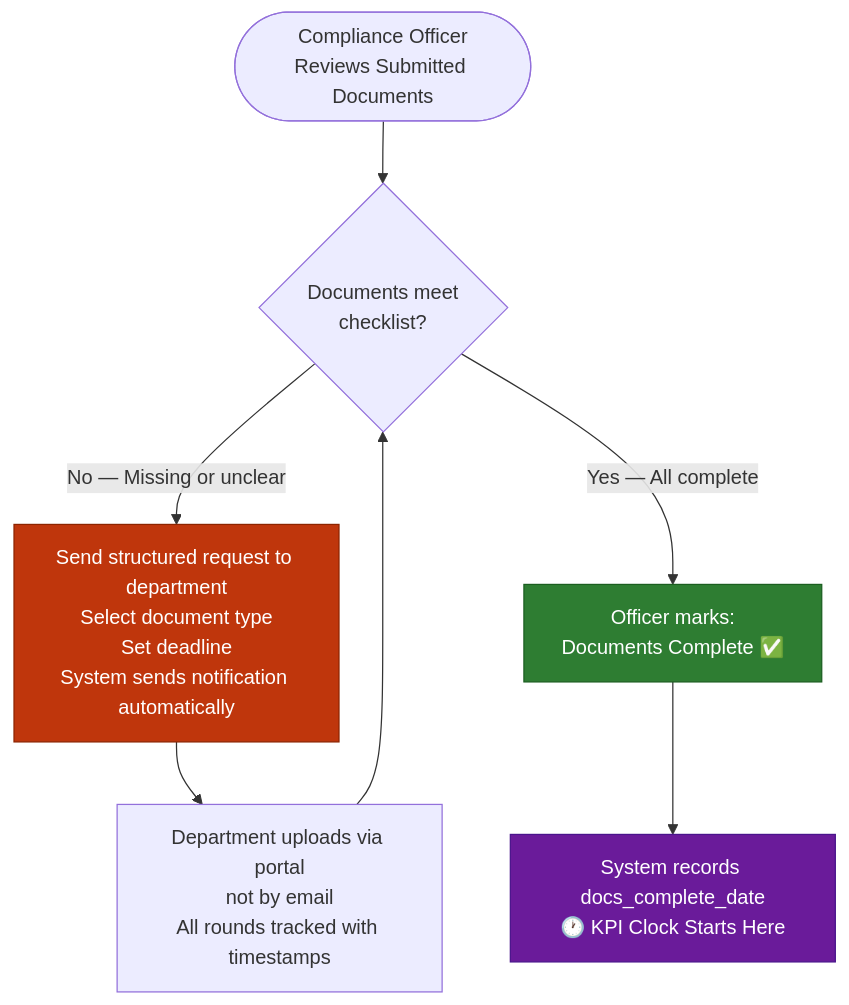
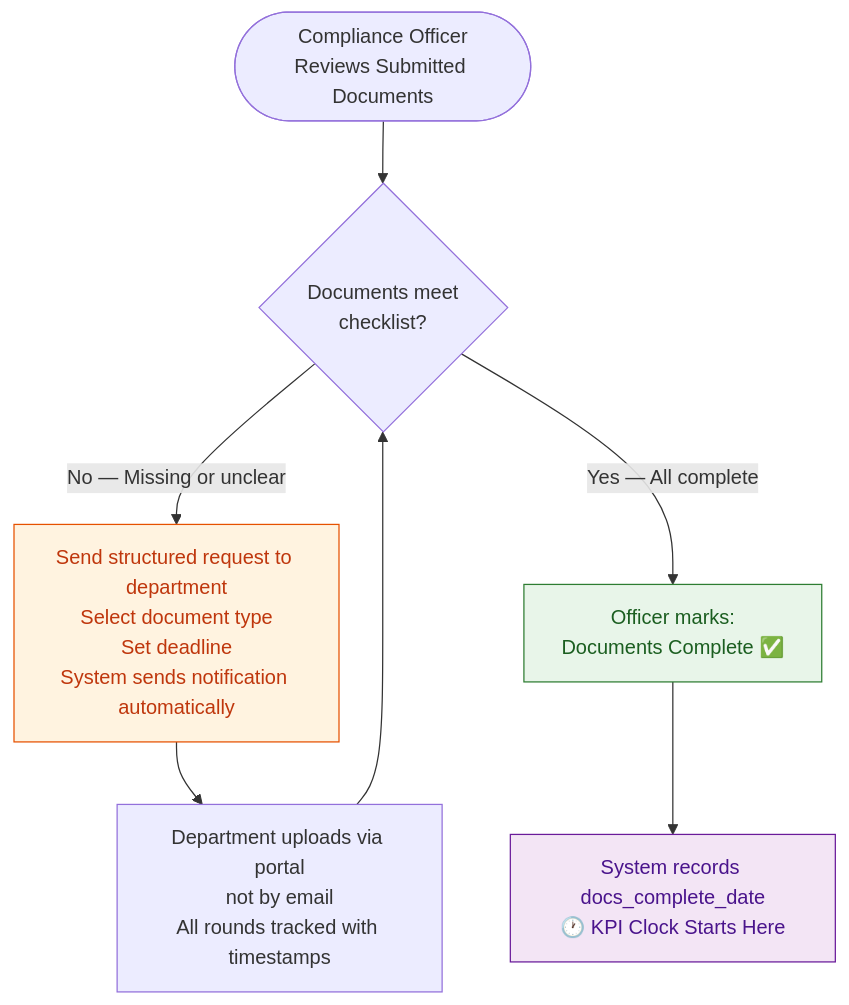
Before and after one commit to mazharr-hussain/KycReport: the second of 4 diagrams in docs/V3_BUS_BestPractice.md, drawn with Mermaid. The commit also changed other lines of this file and 7 other files, not shown here.

First line of the commit message:
Switch all diagrams to light pastel palette with dark text

````diff
--- a/docs/V3_BUS_BestPractice.md
+++ b/docs/V3_BUS_BestPractice.md
@@ -74,13 +74,13 @@
 ```mermaid
 flowchart TD
     REVIEW([Compliance Officer\nReviews Submitted Documents]) --> CHECK{Documents meet\nchecklist?}
     CHECK -->|No — Missing or unclear| REQ[Send structured request to department\nSelect document type\nSet deadline\nSystem sends notification automatically]
     REQ --> UPLOAD[Department uploads via portal\nnot by email\nAll rounds tracked with timestamps]
     UPLOAD --> CHECK
     CHECK -->|Yes — All complete| CONFIRM[Officer marks:\nDocuments Complete ✅]
     CONFIRM --> KPI[System records docs_complete_date\n🕐 KPI Clock Starts Here]
 
-    style KPI fill:#6A1B9A,color:#fff,stroke:#4A148C
-    style CONFIRM fill:#2E7D32,color:#fff,stroke:#1B5E20
-    style REQ fill:#BF360C,color:#fff,stroke:#8D2400
+    style KPI fill:#F3E5F5,color:#4A148C,stroke:#6A1B9A
+    style CONFIRM fill:#E8F5E9,color:#1B5E20,stroke:#2E7D32
+    style REQ fill:#FFF3E0,color:#BF360C,stroke:#E65100
 ```
````
